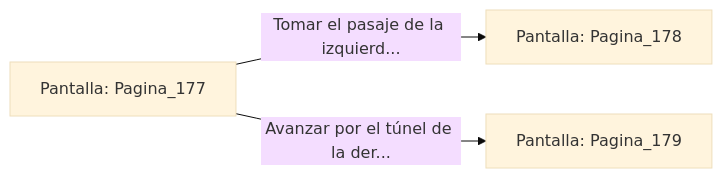
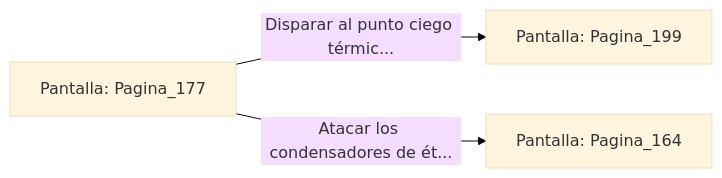
One commit to metsuke/mpl changed the diagram in sample/eligejuego-vault/Pantalla_Pagina_177.md. Above: the diagram before and after it, drawn with Mermaid (base theme). The commit also changed other lines of this file and 635 other files, not shown here.

First line of the commit message:
fix: añadir Pagina_1 como pantalla inicial en capitulo_01.mpl

````diff
--- a/sample/eligejuego-vault/Pantalla_Pagina_177.md
+++ b/sample/eligejuego-vault/Pantalla_Pagina_177.md
@@ -20,6 +24,6 @@
 ```mermaid
 graph LR
     P_Pagina_177["Pantalla: Pagina_177"]
-    P_Pagina_177 -->|"Tomar el pasaje de la izquierd..."| P_Pagina_178["Pantalla: Pagina_178"]
-    P_Pagina_177 -->|"Avanzar por el túnel de la der..."| P_Pagina_179["Pantalla: Pagina_179"]
+    P_Pagina_177 -->|"Disparar al punto ciego térmic..."| P_Pagina_199["Pantalla: Pagina_199"]
+    P_Pagina_177 -->|"Atacar los condensadores de ét..."| P_Pagina_164["Pantalla: Pagina_164"]
 ```
````
